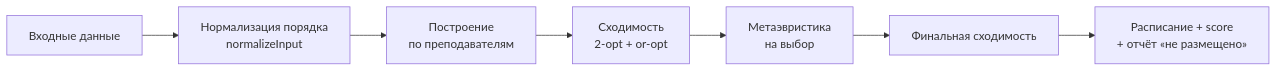
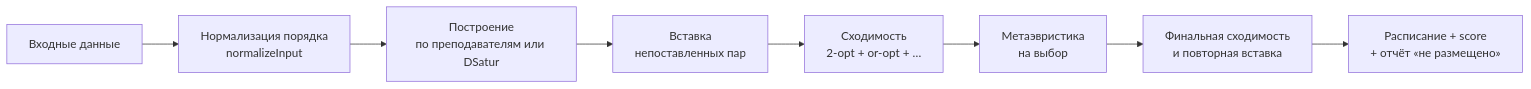
One commit to KolManis/uni-scheduler changed the diagram in docs/spec/03-algorithm.md. Above: the diagram before and after it, drawn with Mermaid. The commit also changed other lines of this file and 20 other files, not shown here.

First line of the commit message:
Солвер: построение DSatur на выбор и вставка непоставленных пар

````diff
--- a/docs/spec/03-algorithm.md
+++ b/docs/spec/03-algorithm.md
@@ -8,9 +8,10 @@
 ```mermaid
 flowchart LR
   A[Входные данные] --> N[Нормализация порядка<br/>normalizeInput]
-  N --> C[Построение<br/>по преподавателям]
-  C --> L[Сходимость<br/>2-opt + or-opt]
+  N --> C[Построение<br/>по преподавателям или DSatur]
+  C --> I[Вставка<br/>непоставленных пар]
+  I --> L[Сходимость<br/>2-opt + or-opt + …]
   L --> M[Метаэвристика<br/>на выбор]
-  M --> F[Финальная сходимость]
+  M --> F[Финальная сходимость<br/>и повторная вставка]
   F --> R[Расписание + score<br/>+ отчёт «не размещено»]
 ```
````
